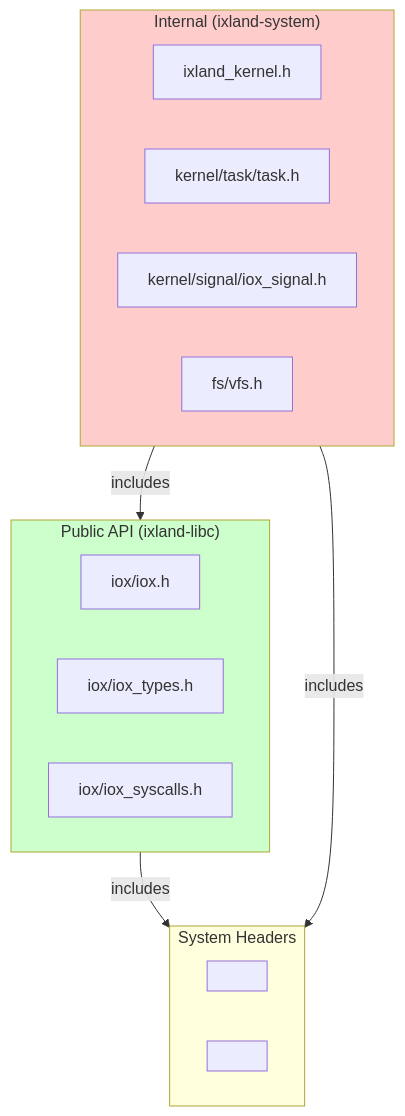
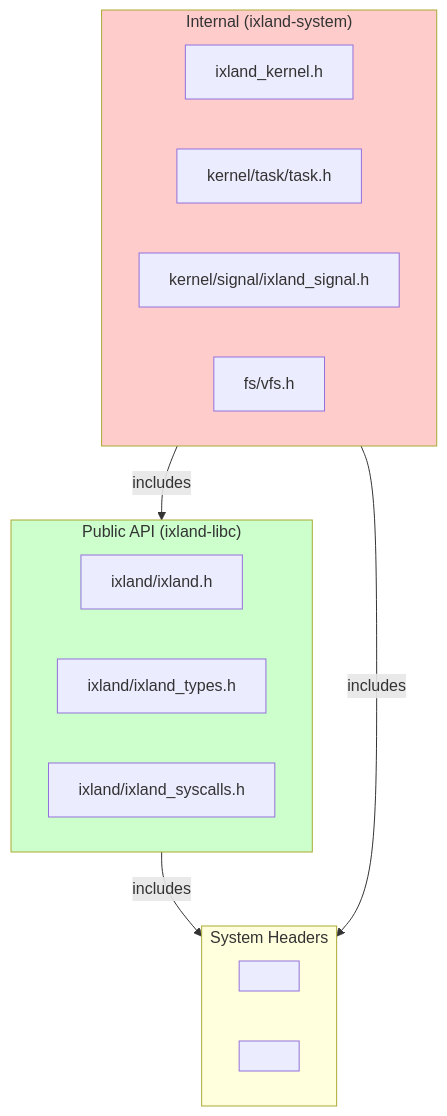
Before and after one commit to rudironsoni/ixland: the sixth of 6 diagrams in docs/MISSION_SUMMARY.md, drawn with Mermaid. The commit also changed other lines of this file and 268 other files, not shown here.

Commit message:
refactor(naming): migrate remaining iox identifiers to ixland

````diff
--- a/docs/MISSION_SUMMARY.md
+++ b/docs/MISSION_SUMMARY.md
@@ -249,27 +249,27 @@
 ```mermaid
 flowchart TD
     subgraph Public["Public API (ixland-libc)"]
-        IoxH["iox/iox.h"]
-        TypesH["iox/iox_types.h"]
-        SyscallsH["iox/iox_syscalls.h"]
+        IxlandH["ixland/ixland.h"]
+        TypesH["ixland/ixland_types.h"]
+        SyscallsH["ixland/ixland_syscalls.h"]
     end
 
     subgraph Internal["Internal (ixland-system)"]
         KernelH["ixland_kernel.h"]
         TaskH["kernel/task/task.h"]
-        SignalH["kernel/signal/iox_signal.h"]
+        SignalH["kernel/signal/ixland_signal.h"]
         VfsH["fs/vfs.h"]
     end
 
     subgraph SystemHeaders["System Headers"]
         SysTypes["<sys/types.h>"]
         SignalStd["<signal.h>"]
     end
 
     Public -->|includes| SystemHeaders
     Internal -->|includes| Public
     Internal -->|includes| SystemHeaders
 
     style Public fill:#ccffcc
     style Internal fill:#ffcccc
 ```
````
